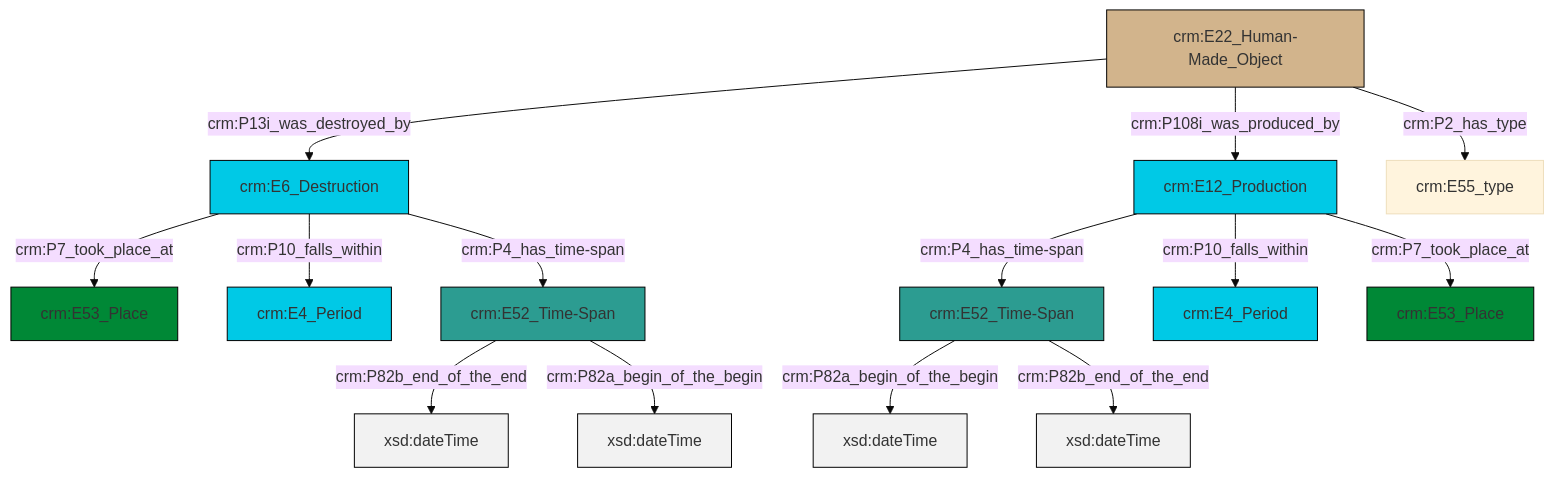
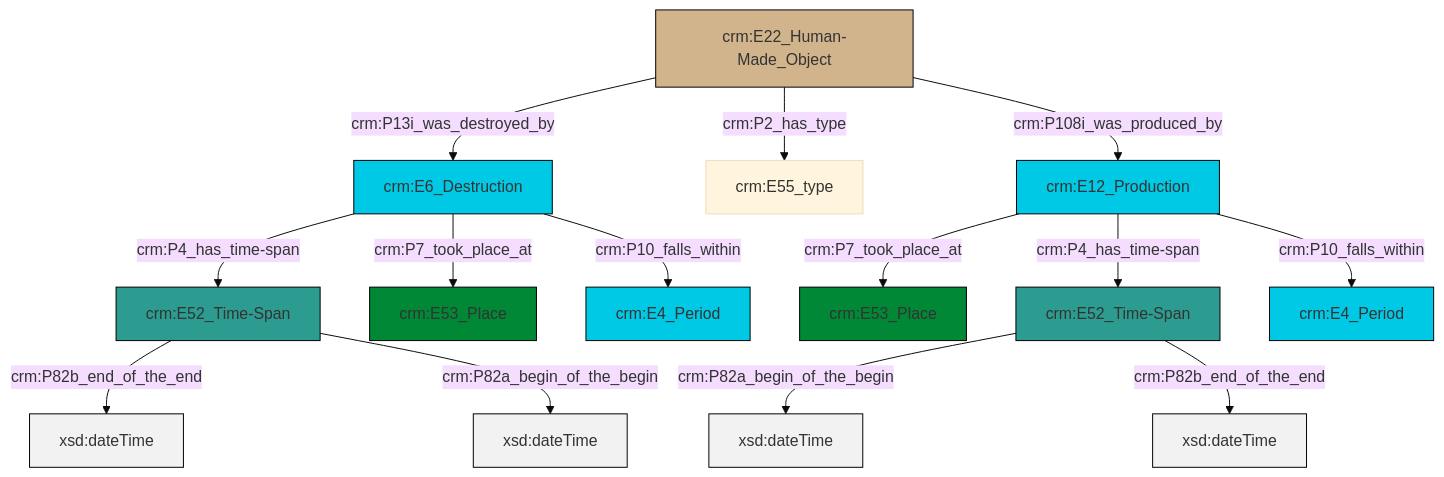
The diagram in et/builtWorkCSV/ttl/mmd/Built_Work_existence.ttl.mmd (swiss-art-research-net/docs.swissartresearch), drawn with Mermaid (base theme) before and after one commit. The commit also changed 195 other files, not shown here.

```diff
--- a/et/builtWorkCSV/ttl/mmd/Built_Work_existence.ttl.mmd
+++ b/et/builtWorkCSV/ttl/mmd/Built_Work_existence.ttl.mmd
@@ -1,28 +1,28 @@
 graph TD
 classDef Literal fill:#f2f2f2,stroke:#000000;
 classDef CRM_Entity fill:#FFFFFF,stroke:#000000;
 classDef Temporal_Entity fill:#00C9E6, stroke:#000000;
 classDef Type fill:#E18312, stroke:#000000;
 classDef Time-Span fill:#2C9C91, stroke:#000000;
 classDef Appellation fill:#FFEB7F, stroke:#000000;
 classDef Place fill:#008836, stroke:#000000;
 classDef Persistent_Item fill:#B266B2, stroke:#000000;
 classDef Conceptual_Object fill:#FFD700, stroke:#000000;
 classDef Physical_Thing fill:#D2B48C, stroke:#000000;
 classDef Actor fill:#f58aad, stroke:#000000;
 classDef PC_Classes fill:#4ce600, stroke:#000000;
 classDef Multi fill:#cccccc,stroke:#000000;
 
-2["crm:E6_Destruction"]:::Temporal_Entity -->|crm:P7_took_place_at| 3["crm:E53_Place"]:::Place
-2["crm:E6_Destruction"]:::Temporal_Entity -->|crm:P10_falls_within| 4["crm:E4_Period"]:::Temporal_Entity
-2["crm:E6_Destruction"]:::Temporal_Entity -->|crm:P4_has_time-span| 6["crm:E52_Time-Span"]:::Time-Span
-8["crm:E52_Time-Span"]:::Time-Span -->|crm:P82a_begin_of_the_begin| 9[xsd:dateTime]:::Literal
-10["crm:E12_Production"]:::Temporal_Entity -->|crm:P10_falls_within| 12["crm:E4_Period"]:::Temporal_Entity
-10["crm:E12_Production"]:::Temporal_Entity -->|crm:P4_has_time-span| 8["crm:E52_Time-Span"]:::Time-Span
-0["crm:E22_Human-Made_Object"]:::Physical_Thing -->|crm:P2_has_type| 16["crm:E55_type"]:::Default
-0["crm:E22_Human-Made_Object"]:::Physical_Thing -->|crm:P13i_was_destroyed_by| 2["crm:E6_Destruction"]:::Temporal_Entity
-8["crm:E52_Time-Span"]:::Time-Span -->|crm:P82b_end_of_the_end| 18[xsd:dateTime]:::Literal
-6["crm:E52_Time-Span"]:::Time-Span -->|crm:P82b_end_of_the_end| 20[xsd:dateTime]:::Literal
-10["crm:E12_Production"]:::Temporal_Entity -->|crm:P7_took_place_at| 21["crm:E53_Place"]:::Place
-0["crm:E22_Human-Made_Object"]:::Physical_Thing -->|crm:P108i_was_produced_by| 10["crm:E12_Production"]:::Temporal_Entity
-6["crm:E52_Time-Span"]:::Time-Span -->|crm:P82a_begin_of_the_begin| 23[xsd:dateTime]:::Literal
+0["crm:E6_Destruction"]:::Temporal_Entity -->|crm:P4_has_time-span| 1["crm:E52_Time-Span"]:::Time-Span
+1["crm:E52_Time-Span"]:::Time-Span -->|crm:P82b_end_of_the_end| 4[xsd:dateTime]:::Literal
+2["crm:E22_Human-Made_Object"]:::Physical_Thing -->|crm:P13i_was_destroyed_by| 0["crm:E6_Destruction"]:::Temporal_Entity
+0["crm:E6_Destruction"]:::Temporal_Entity -->|crm:P7_took_place_at| 7["crm:E53_Place"]:::Place
+5["crm:E12_Production"]:::Temporal_Entity -->|crm:P7_took_place_at| 8["crm:E53_Place"]:::Place
+5["crm:E12_Production"]:::Temporal_Entity -->|crm:P4_has_time-span| 9["crm:E52_Time-Span"]:::Time-Span
+5["crm:E12_Production"]:::Temporal_Entity -->|crm:P10_falls_within| 10["crm:E4_Period"]:::Temporal_Entity
+2["crm:E22_Human-Made_Object"]:::Physical_Thing -->|crm:P2_has_type| 11["crm:E55_type"]:::Default
+2["crm:E22_Human-Made_Object"]:::Physical_Thing -->|crm:P108i_was_produced_by| 5["crm:E12_Production"]:::Temporal_Entity
+9["crm:E52_Time-Span"]:::Time-Span -->|crm:P82a_begin_of_the_begin| 17[xsd:dateTime]:::Literal
+1["crm:E52_Time-Span"]:::Time-Span -->|crm:P82a_begin_of_the_begin| 19[xsd:dateTime]:::Literal
+0["crm:E6_Destruction"]:::Temporal_Entity -->|crm:P10_falls_within| 20["crm:E4_Period"]:::Temporal_Entity
+9["crm:E52_Time-Span"]:::Time-Span -->|crm:P82b_end_of_the_end| 23[xsd:dateTime]:::Literal
```
